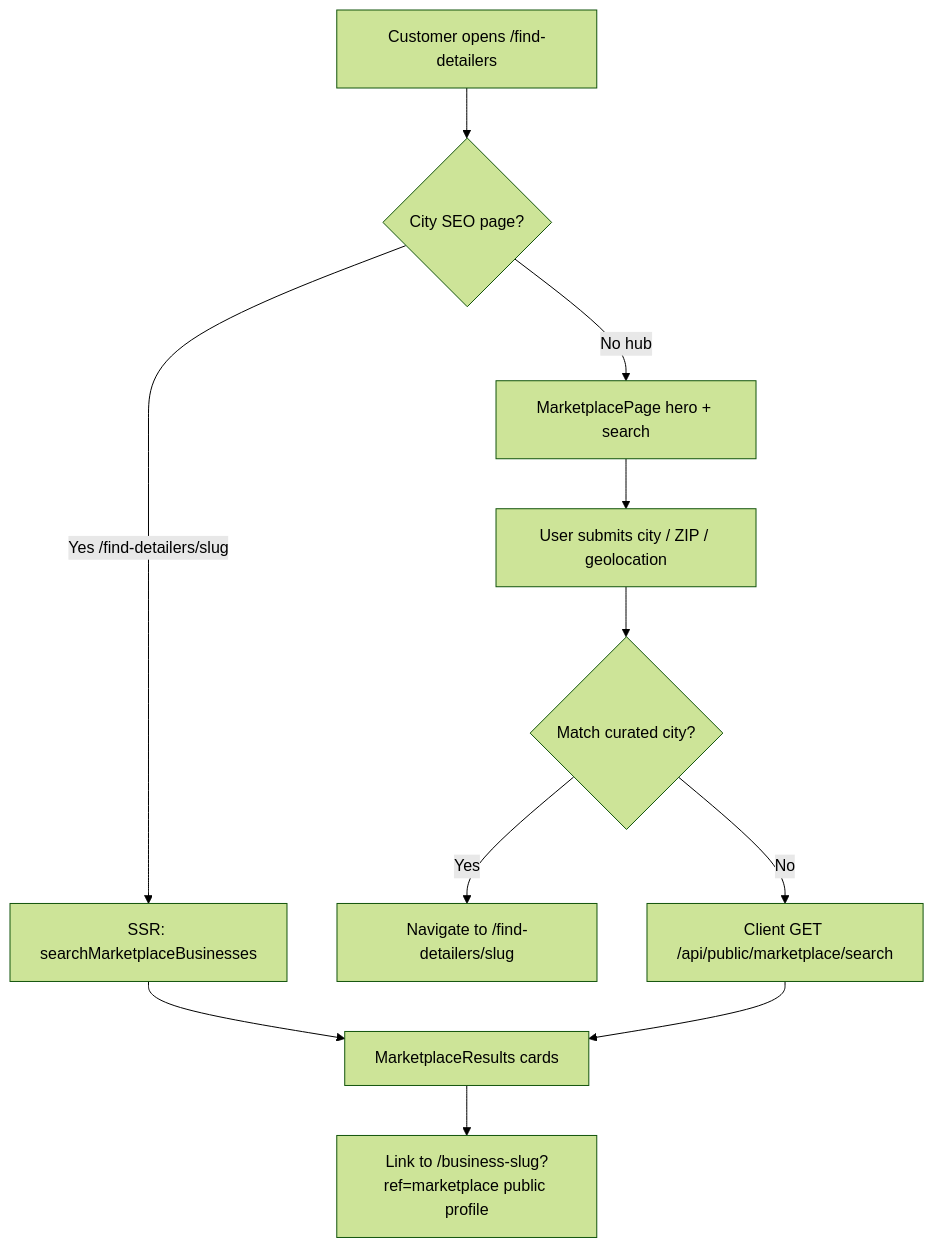
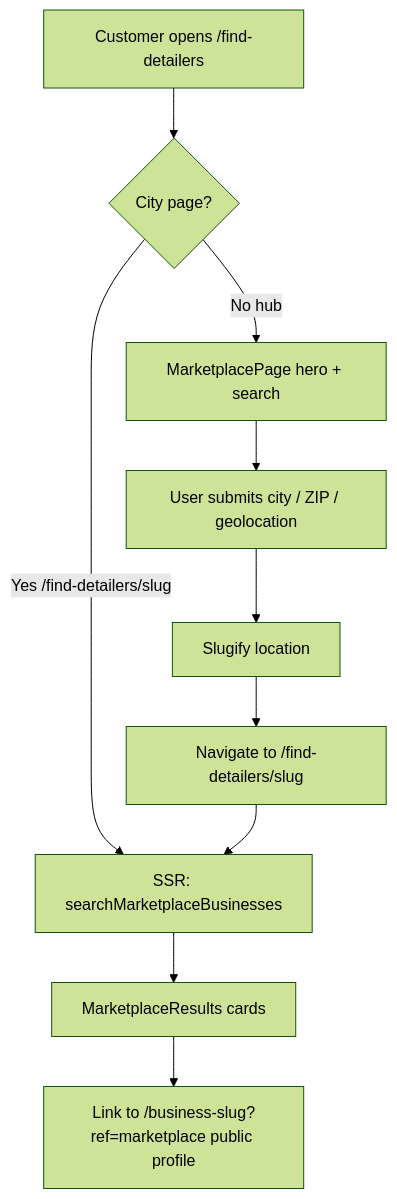
The diagram in src/features/marketplace/docs/FLOWS.md (jsanch387/servicelink), drawn with Mermaid (forest theme) before and after one commit. The commit also changed other lines of this file and 11 other files, not shown here.

````diff
--- a/src/features/marketplace/docs/FLOWS.md
+++ b/src/features/marketplace/docs/FLOWS.md
@@ -40,13 +40,12 @@
 ```mermaid
 flowchart TD
-  A[Customer opens /find-detailers] --> B{City SEO page?}
+  A[Customer opens /find-detailers] --> B{City page?}
   B -->|Yes /find-detailers/slug| C[SSR: searchMarketplaceBusinesses]
   B -->|No hub| D[MarketplacePage hero + search]
   D --> E[User submits city / ZIP / geolocation]
-  E --> F{Match curated city?}
-  F -->|Yes| G[Navigate to /find-detailers/slug]
-  F -->|No| H[Client GET /api/public/marketplace/search]
+  E --> F[Slugify location]
+  F --> G[Navigate to /find-detailers/slug]
   C --> I[MarketplaceResults cards]
-  H --> I
+  G --> C
   I --> J[Link to /business-slug?ref=marketplace public profile]
 ```
````
